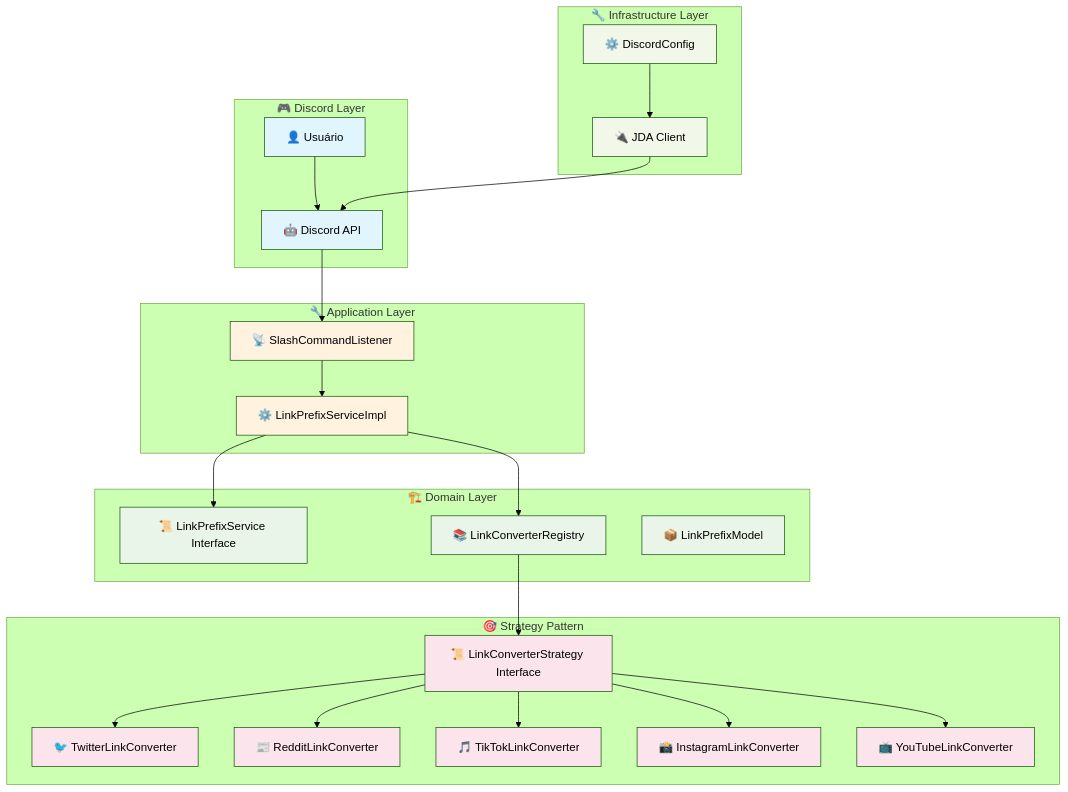
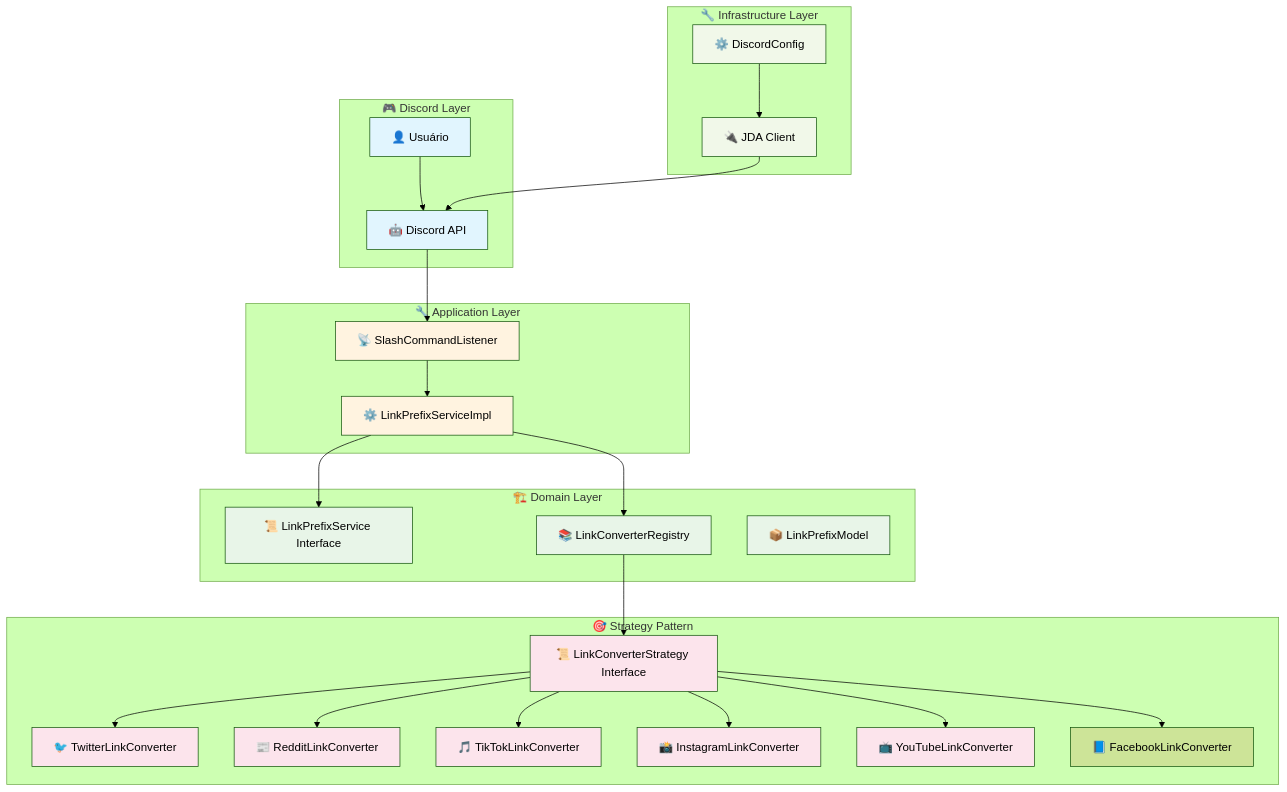
Before and after one commit to tmcly/zeinzinho-bot: the first of 5 diagrams in docs/architecture-flow.md, drawn with Mermaid (forest theme).

Commit message:
doc: add facebook converter

````diff
--- a/docs/architecture-flow.md
+++ b/docs/architecture-flow.md
@@ -5,59 +5,61 @@
 ```mermaid
 graph TB
     subgraph "🎮 Discord Layer"
         USER[👤 Usuário]
         DISCORD[🤖 Discord API]
     end
 
     subgraph "🔧 Application Layer"
         LISTENER[📡 SlashCommandListener]
         SERVICE_IMPL[⚙️ LinkPrefixServiceImpl]
     end
 
     subgraph "🏗️ Domain Layer"
         SERVICE_INTERFACE[📜 LinkPrefixService Interface]
         REGISTRY[📚 LinkConverterRegistry]
         MODEL[📦 LinkPrefixModel]
     end
 
     subgraph "🎯 Strategy Pattern"
         STRATEGY_INTERFACE[📜 LinkConverterStrategy Interface]
         TWITTER[🐦 TwitterLinkConverter]
         REDDIT[📰 RedditLinkConverter]
         TIKTOK[🎵 TikTokLinkConverter]
         INSTAGRAM[📸 InstagramLinkConverter]
         YOUTUBE[📺 YouTubeLinkConverter]
+        FACEBOOK[📘 FacebookLinkConverter]
     end
 
     subgraph "🔧 Infrastructure Layer"
         CONFIG[⚙️ DiscordConfig]
         JDA[🔌 JDA Client]
     end
 
     USER --> DISCORD
     DISCORD --> LISTENER
     LISTENER --> SERVICE_IMPL
     SERVICE_IMPL --> SERVICE_INTERFACE
     SERVICE_IMPL --> REGISTRY
     REGISTRY --> STRATEGY_INTERFACE
     STRATEGY_INTERFACE --> TWITTER
     STRATEGY_INTERFACE --> REDDIT
     STRATEGY_INTERFACE --> TIKTOK
     STRATEGY_INTERFACE --> INSTAGRAM
     STRATEGY_INTERFACE --> YOUTUBE
+    STRATEGY_INTERFACE --> FACEBOOK
     CONFIG --> JDA
     JDA --> DISCORD
 
     classDef userClass fill:#e1f5fe
     classDef discordClass fill:#f3e5f5
     classDef applicationClass fill:#fff3e0
     classDef domainClass fill:#e8f5e8
     classDef strategyClass fill:#fce4ec
     classDef infraClass fill:#f1f8e9
 
     class USER,DISCORD userClass
     class LISTENER,SERVICE_IMPL applicationClass
     class SERVICE_INTERFACE,REGISTRY,MODEL domainClass
     class STRATEGY_INTERFACE,TWITTER,REDDIT,TIKTOK,INSTAGRAM,YOUTUBE strategyClass
     class CONFIG,JDA infraClass
 ```
````
